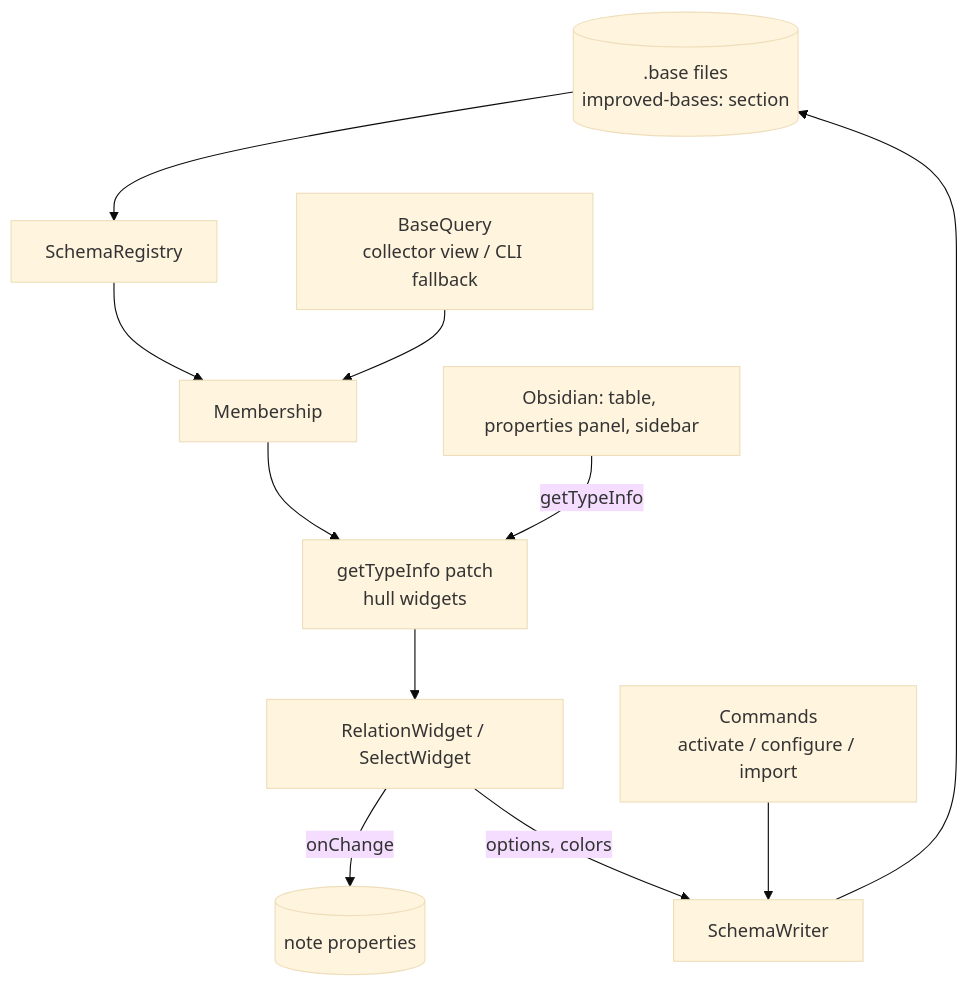
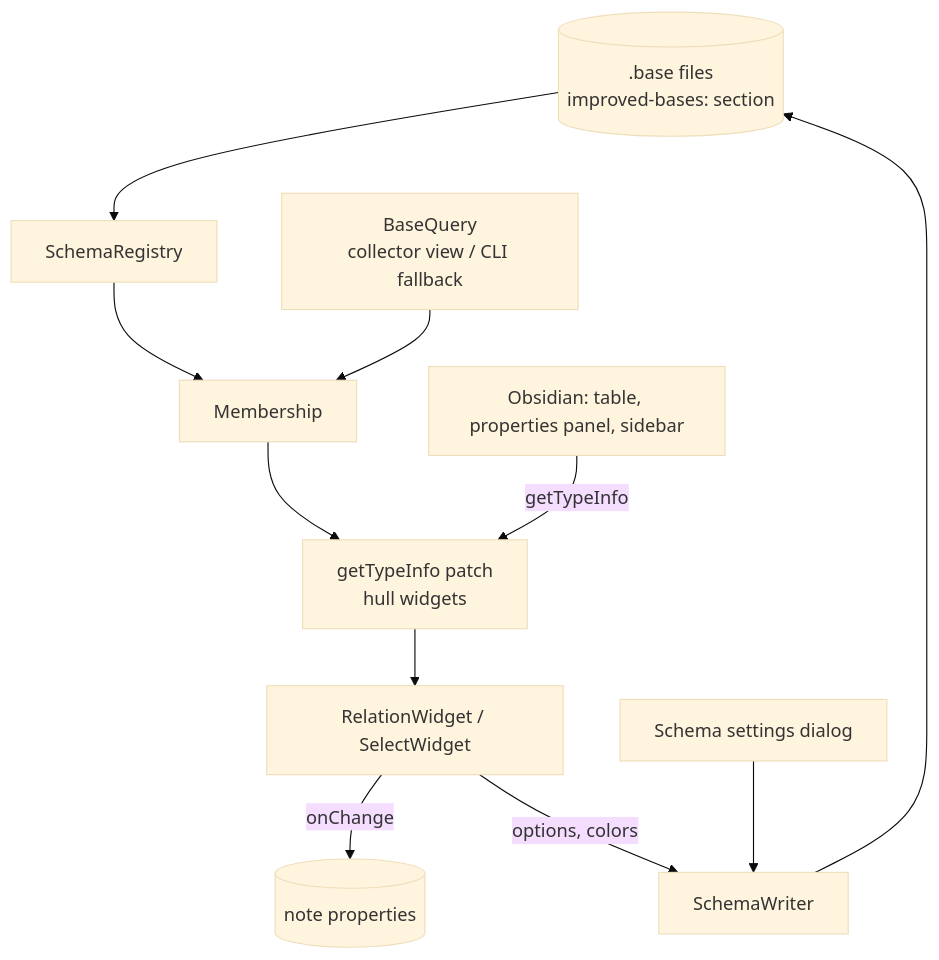
The diagram in wiki/OVERVIEW.md (Macavity/obsidian-improved-bases), drawn with Mermaid (base theme) before and after one commit. The commit also changed other lines of this file and 16 other files, not shown here.

Commit message:
Document schema settings dialog

````diff
--- a/wiki/OVERVIEW.md
+++ b/wiki/OVERVIEW.md
@@ -20,13 +20,13 @@
 ```mermaid
 flowchart TD
   Base[(".base files<br/>improved-bases: section")] --> Registry[SchemaRegistry]
   Registry --> Membership[Membership]
   Query[BaseQuery<br/>collector view / CLI fallback] --> Membership
   Membership --> Patch[getTypeInfo patch<br/>hull widgets]
   Patch --> Widgets[RelationWidget / SelectWidget]
   Widgets -->|onChange| Props[(note properties)]
   Widgets -->|options, colors| Writer[SchemaWriter]
-  Commands[Commands<br/>activate / configure / import] --> Writer
+  Commands[Schema settings dialog] --> Writer
   Writer --> Base
   Obsidian[Obsidian: table, properties panel, sidebar] -->|getTypeInfo| Patch
 ```
````
